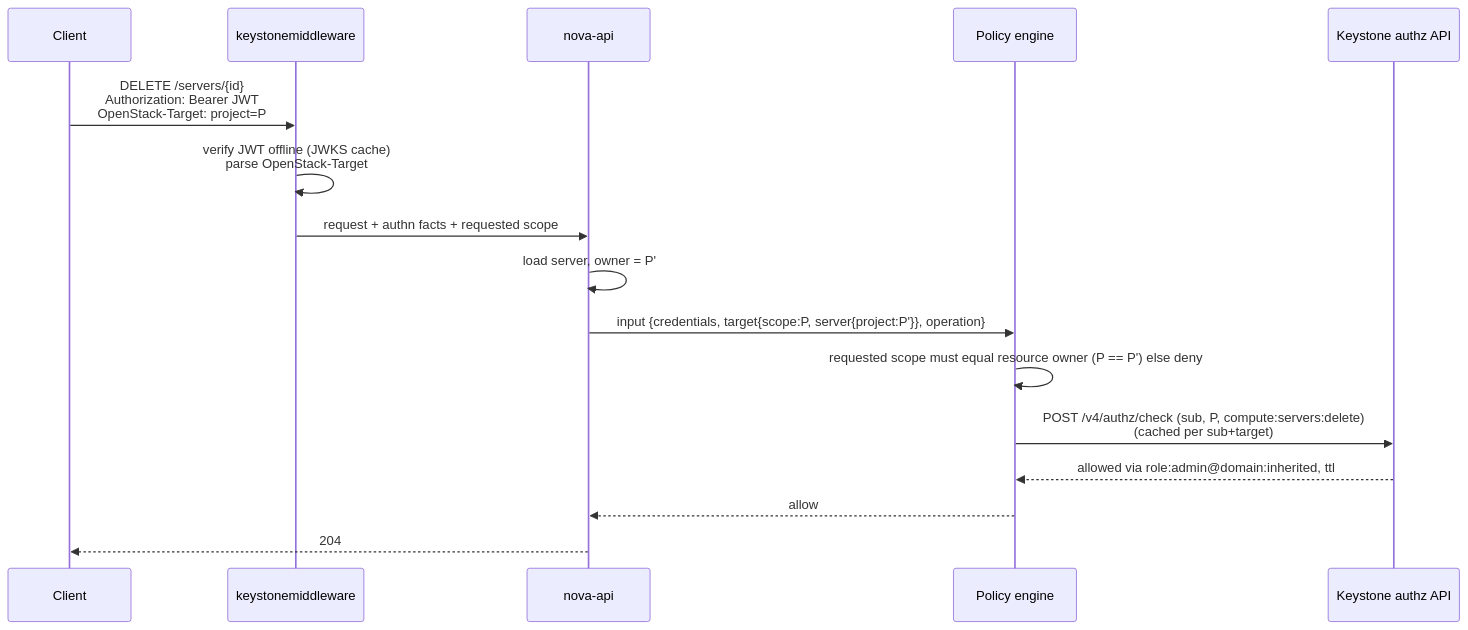
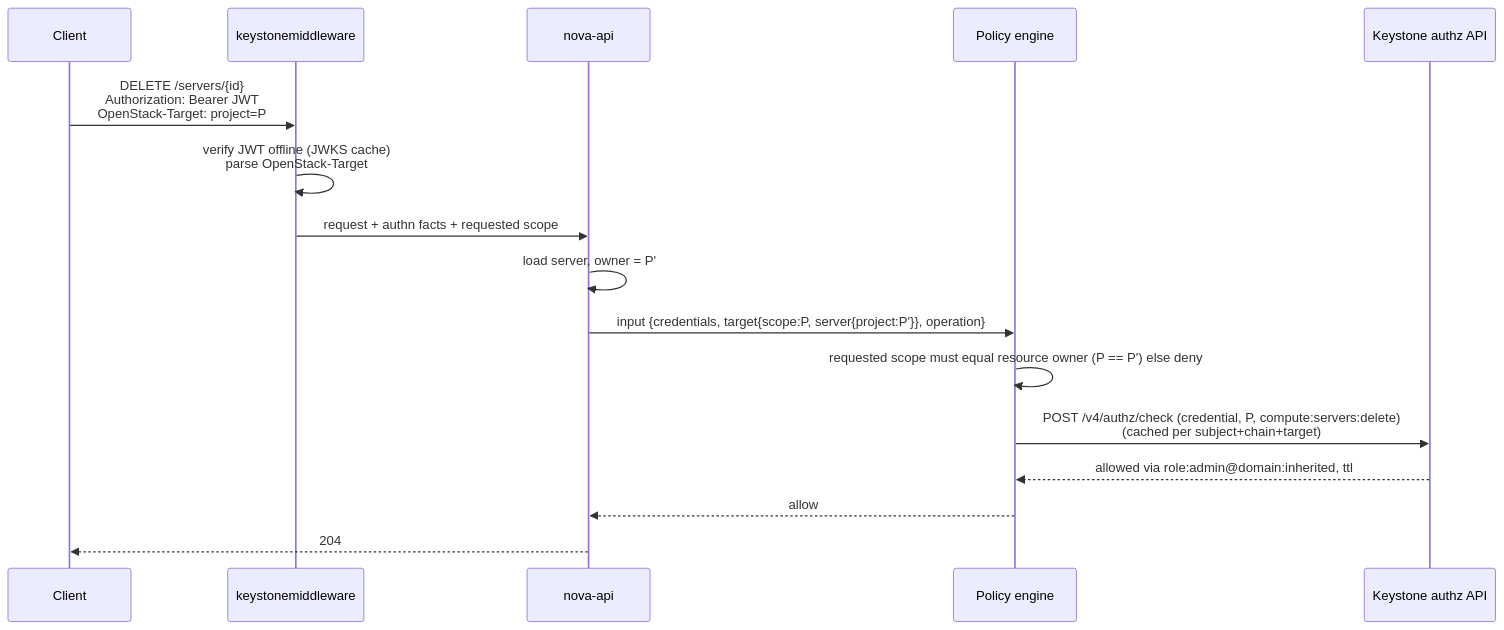
One commit to openstack-experimental/keystone changed the third of 6 diagrams in doc/src/vision.md. Above: the diagram before and after it, drawn with Mermaid. The commit also changed other lines of this file, not shown here.

First line of the commit message:
docs(vision): Harden the check API trust model

````diff
--- a/doc/src/vision.md
+++ b/doc/src/vision.md
@@ -465,19 +481,19 @@
 ```mermaid
 sequenceDiagram
     participant C as Client
     participant M as keystonemiddleware
     participant S as nova-api
     participant P as Policy engine
     participant K as Keystone authz API
 
     C->>M: DELETE /servers/{id}<br/>Authorization: Bearer JWT<br/>OpenStack-Target: project=P
     M->>M: verify JWT offline (JWKS cache)<br/>parse OpenStack-Target
     M->>S: request + authn facts + requested scope
     S->>S: load server, owner = P'
     S->>P: input {credentials, target{scope:P, server{project:P'}}, operation}
     P->>P: requested scope must equal resource owner (P == P') else deny
-    P->>K: POST /v4/authz/check (sub, P, compute:servers:delete)<br/>(cached per sub+target)
+    P->>K: POST /v4/authz/check (credential, P, compute:servers:delete)<br/>(cached per subject+chain+target)
     K-->>P: allowed via role:admin@domain:inherited, ttl
     P-->>S: allow
     S-->>C: 204
 ```
````
